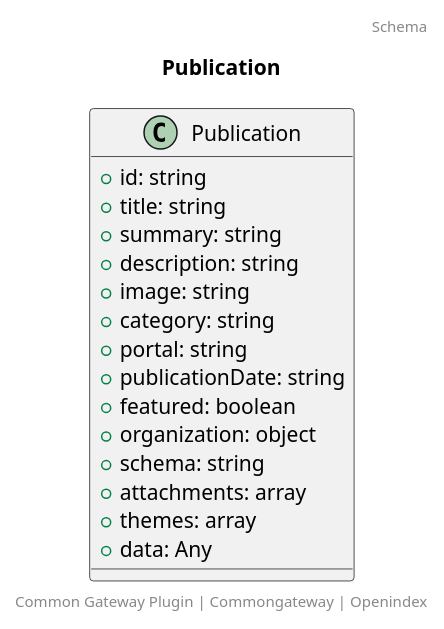
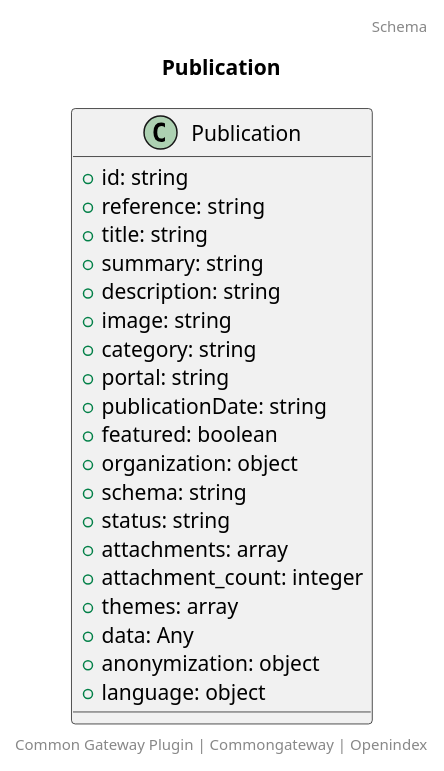
One commit to CommonGateway/OpenIndex changed the diagram in docs/schema/Publication.puml. Above: the diagram before and after it, drawn with PlantUML. The commit also changed 6 other files, not shown here.

```diff
--- a/docs/schema/Publication.puml
+++ b/docs/schema/Publication.puml
@@ -1,22 +1,27 @@
 @startuml
 title: Publication
 footer: Common Gateway Plugin | Commongateway | Openindex 
 header: Schema
 
 class Publication {
   + id: string
+  + reference: string
   + title: string
   + summary: string
   + description: string
   + image: string
   + category: string
   + portal: string
   + publicationDate: string
   + featured: boolean
   + organization: object
   + schema: string
+  + status: string
   + attachments: array
+  + attachment_count: integer
   + themes: array
   + data: Any
+  + anonymization: object
+  + language: object
 }
 @enduml
```
